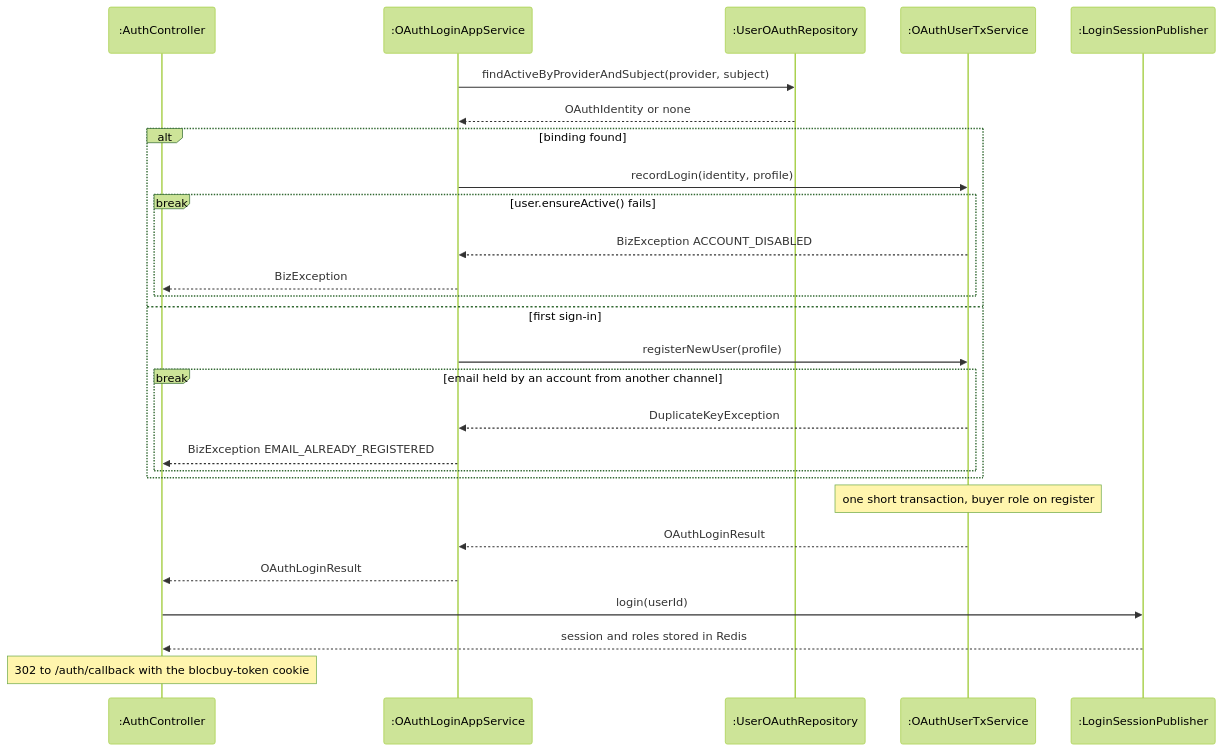
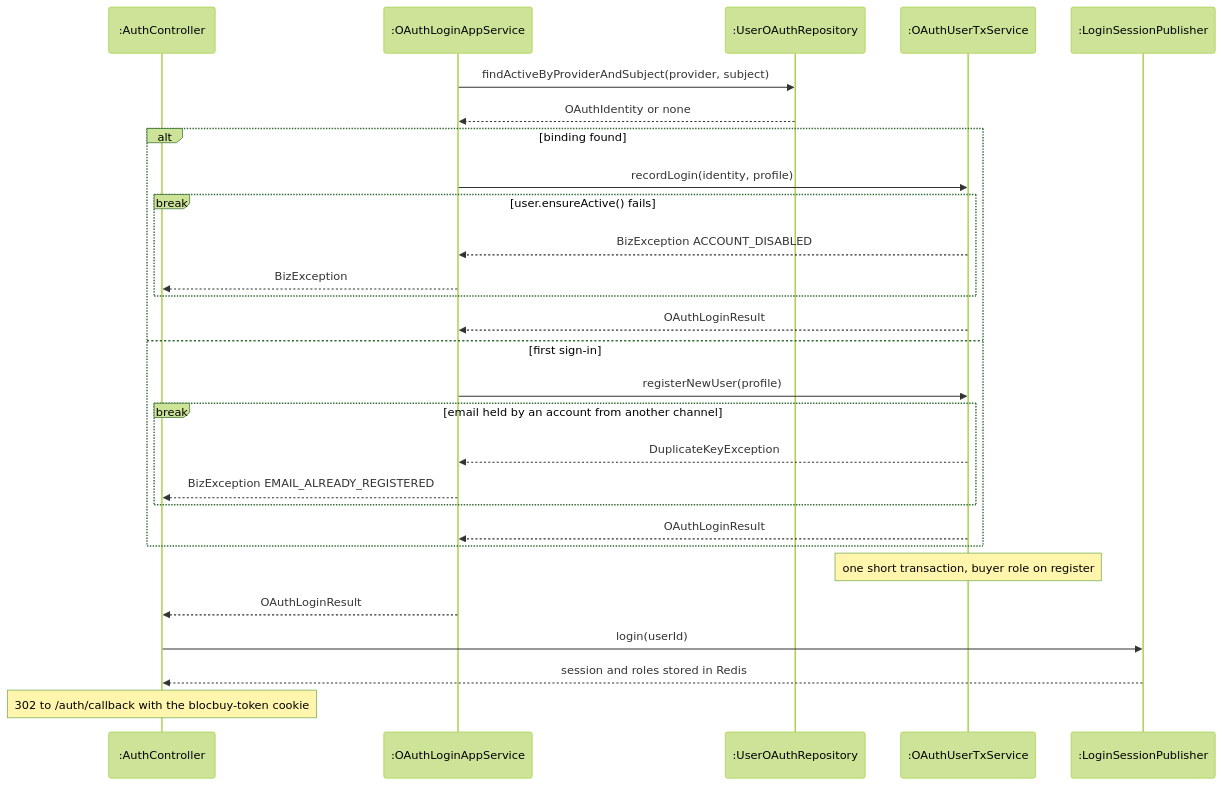
One commit to PPsyrius/iss-groupbuy-team8 changed diagram 16 of 18 in docs/swe5006/report/sections/03-4-3-pan.md. Above: the diagram before and after it, drawn with Mermaid (forest theme). The commit also changed other lines of this file, not shown here.

````diff
--- a/docs/swe5006/report/sections/03-4-3-pan.md
+++ b/docs/swe5006/report/sections/03-4-3-pan.md
@@ -692,29 +694,30 @@
 ```mermaid
 sequenceDiagram
     participant AC as :AuthController
     participant LS as :OAuthLoginAppService
     participant UO as :UserOAuthRepository
     participant TX as :OAuthUserTxService
     participant PB as :LoginSessionPublisher
     LS->>UO: findActiveByProviderAndSubject(provider, subject)
     UO-->>LS: OAuthIdentity or none
     alt binding found
         LS->>TX: recordLogin(identity, profile)
         break user.ensureActive() fails
             TX-->>LS: BizException ACCOUNT_DISABLED
             LS-->>AC: BizException
         end
+        TX-->>LS: OAuthLoginResult
     else first sign-in
         LS->>TX: registerNewUser(profile)
         break email held by an account from another channel
             TX-->>LS: DuplicateKeyException
             LS-->>AC: BizException EMAIL_ALREADY_REGISTERED
         end
+        TX-->>LS: OAuthLoginResult
     end
     Note over TX: one short transaction, buyer role on register
-    TX-->>LS: OAuthLoginResult
     LS-->>AC: OAuthLoginResult
     AC->>PB: login(userId)
     PB-->>AC: session and roles stored in Redis
     Note over AC: 302 to /auth/callback with the blocbuy-token cookie
 ```
````
